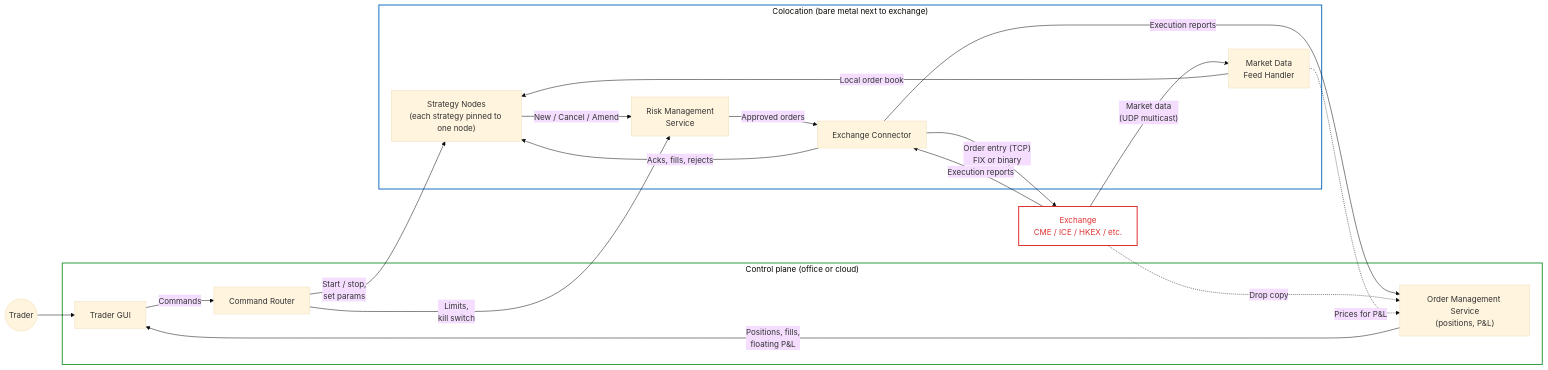
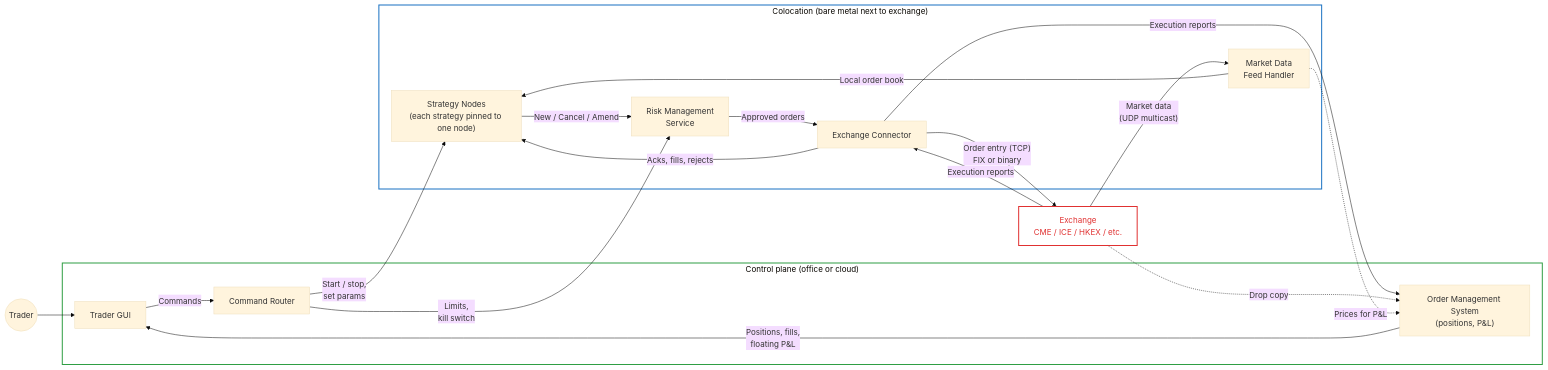
Before and after one commit to papannnn/Trading-Engine-Simulator: the first of 12 diagrams in 01-introduction/README.md, drawn with Mermaid (base theme). The commit also changed other lines of this file, not shown here.

````diff
--- a/01-introduction/README.md
+++ b/01-introduction/README.md
@@ -18,38 +16,38 @@
 ```mermaid
 flowchart LR
     Trader((Trader)) --> GUI
 
     subgraph Control["Control plane (office or cloud)"]
         GUI[Trader GUI]
         Router[Command Router]
-        OMS["Order Management Service<br/>(positions, P&L)"]
+        OMS["Order Management System<br/>(positions, P&L)"]
         GUI -- "Commands" --> Router
         OMS -- "Positions, fills,<br/>floating P&L" --> GUI
     end
 
     subgraph Colo["Colocation (bare metal next to exchange)"]
         MDFH["Market Data<br/>Feed Handler"]
         Strategy["Strategy Nodes<br/>(each strategy pinned to one node)"]
         Risk["Risk Management<br/>Service"]
         EC[Exchange Connector]
         MDFH -- "Local order book" --> Strategy
         Strategy -- "New / Cancel / Amend" --> Risk
         Risk -- "Approved orders" --> EC
         EC -- "Acks, fills, rejects" --> Strategy
     end
 
     Router -- "Start / stop,<br/>set params" --> Strategy
     Router -- "Limits,<br/>kill switch" --> Risk
 
     EX["Exchange<br/>CME / ICE / HKEX / etc."]
     EC -- "Order entry (TCP)<br/>FIX or binary" --> EX
     EX -- "Execution reports" --> EC
     EX -- "Market data<br/>(UDP multicast)" --> MDFH
     EC -- "Execution reports" --> OMS
     EX -. "Drop copy" .-> OMS
     MDFH -. "Prices for P&L" .-> OMS
 
     style Control fill:none,stroke:#2f9e44,stroke-width:2px
     style Colo fill:none,stroke:#1971c2,stroke-width:2px
     style EX fill:none,stroke:#e03131,stroke-width:2px,color:#e03131
 ```
````
